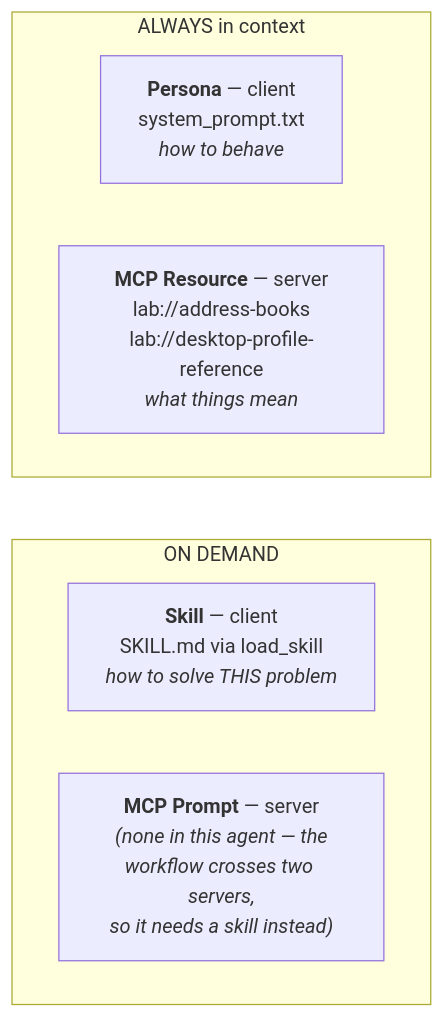
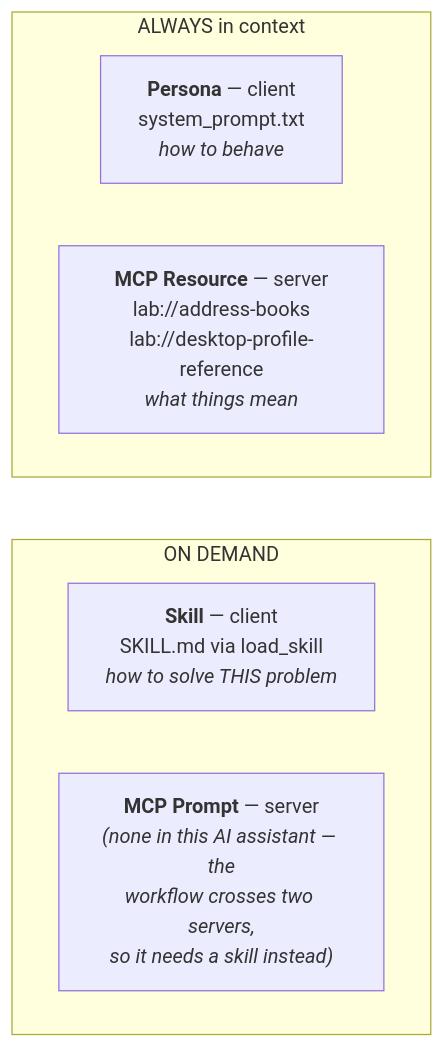
Before and after one commit to WebexCC-SA/LAB-31123: the second of 6 diagrams in docs/lab8_use-cases.md, drawn with Mermaid. The commit also changed other lines of this file, not shown here.

Commit message:
fixing the numbering 04_custom_mcp

````diff
--- a/docs/lab8_use-cases.md
+++ b/docs/lab8_use-cases.md
@@ -89,14 +89,14 @@
 ```mermaid
 flowchart TB
     subgraph AlwaysLoaded["ALWAYS in context"]
         direction LR
         P["<b>Persona</b> — client<br/>system_prompt.txt<br/><i>how to behave</i>"]
         R["<b>MCP Resource</b> — server<br/>lab://address-books<br/>lab://desktop-profile-reference<br/><i>what things mean</i>"]
     end
     subgraph OnDemand["ON DEMAND"]
         direction LR
         S["<b>Skill</b> — client<br/>SKILL.md via load_skill<br/><i>how to solve THIS problem</i>"]
-        M["<b>MCP Prompt</b> — server<br/><i>(none in this agent — the<br/>workflow crosses two servers,<br/>so it needs a skill instead)</i>"]
+        M["<b>MCP Prompt</b> — server<br/><i>(none in this AI assistant — the<br/>workflow crosses two servers,<br/>so it needs a skill instead)</i>"]
     end
     AlwaysLoaded ~~~ OnDemand
 ```
````
